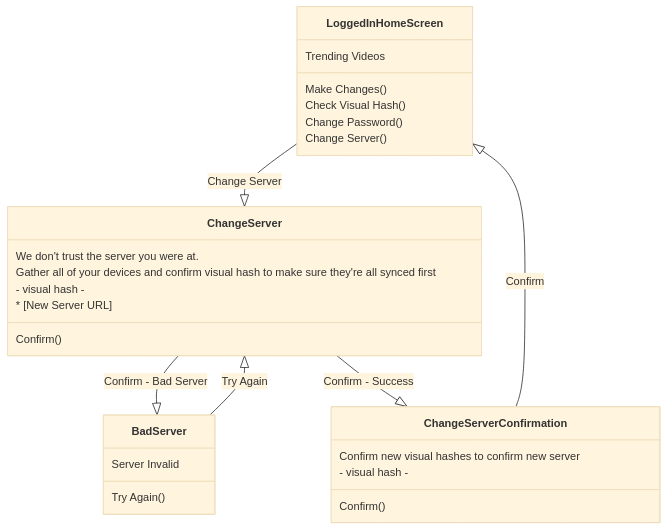
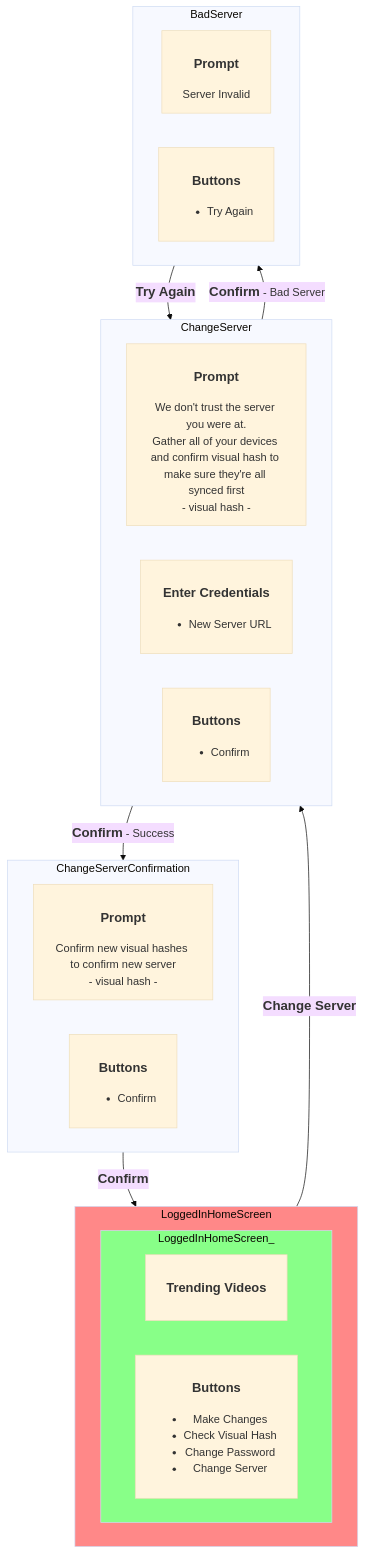
Before and after one commit to orblivion/lbry-wallet-sync-draft: the seventh of 7 diagrams in spec/user-flows.md, drawn with Mermaid (base theme). The commit also changed 7 other files, not shown here.

Commit message:
Final user flow to flowchart

````diff
--- a/spec/user-flows.md
+++ b/spec/user-flows.md
@@ -444,28 +444,41 @@
 ```mermaid
-classDiagram
+flowchart TD
+  classDef start fill:#8f8;
+  classDef finish fill:#f88;
 
-LoggedInHomeScreen --|> ChangeServer : Change Server
-ChangeServer  --|> BadServer : Confirm - Bad Server
-ChangeServer  --|> ChangeServerConfirmation : Confirm - Success
-BadServer --|> ChangeServer : Try Again
-ChangeServerConfirmation --|> LoggedInHomeScreen : Confirm
+  LoggedInHomeScreen:::finish
+  LoggedInHomeScreen_:::start
 
-LoggedInHomeScreen : Trending Videos
-LoggedInHomeScreen : Make Changes()
-LoggedInHomeScreen : Check Visual Hash()
-LoggedInHomeScreen : Change Password()
-LoggedInHomeScreen : Change Server()
+  LoggedInHomeScreen --<big><b>Change Server</b></big>--> ChangeServer
+  ChangeServer  --<big><b>Confirm</b></big> - Bad Server--> BadServer
+  ChangeServer  --<big><b>Confirm</b></big> - Success--> ChangeServerConfirmation
+  BadServer --<big><b>Try Again</b></big>--> ChangeServer
+  ChangeServerConfirmation --<big><b>Confirm</b></big>--> LoggedInHomeScreen
 
-ChangeServer : We don't trust the server you were at.
-ChangeServer : Gather all of your devices and confirm visual hash to make sure they're all synced first
-ChangeServer : - visual hash -
-ChangeServer : * [New Server URL]
-ChangeServer : Confirm()
+  subgraph LoggedInHomeScreen
+    subgraph LoggedInHomeScreen_
+      direction RL
+      LoggedInHomeScreen1[<h3>Trending Videos</h3>]
+      LoggedInHomeScreen2[<h3>Buttons</h3><ul> <li>Make Changes</li> <li>Check Visual Hash</li> <li>Change Password</li> <li>Change Server</li> </ul>]
+    end
+  end
 
-ChangeServerConfirmation : Confirm new visual hashes to confirm new server
-ChangeServerConfirmation : - visual hash -
-ChangeServerConfirmation : Confirm()
+  subgraph ChangeServer
+    direction RL
+    ChangeServer1[<h3>Prompt</h3>We don't trust the server you were at.<br>Gather all of your devices and confirm visual hash to make sure they're all synced first<br>- visual hash -]
+    ChangeServer2[<h3>Enter Credentials</h3><ul><li>New Server URL</li></ul>]
+    ChangeServer3[<h3>Buttons</h3><ul> <li>Confirm</li> </ul>]
+  end
 
-BadServer : Server Invalid
-BadServer : Try Again()
+  subgraph ChangeServerConfirmation
+    direction RL
+    ChangeServerConfirmation1[<h3>Prompt</h3>Confirm new visual hashes to confirm new server<br>- visual hash -]
+    ChangeServerConfirmation2[<h3>Buttons</h3><ul> <li>Confirm</li> </ul>]
+  end
+
+  subgraph BadServer
+    direction RL
+    BadServer1[<h3>Prompt</h3>Server Invalid]
+    BadServer2[<h3>Buttons</h3><ul> <li>Try Again</li> </ul>]
+  end
 ```
````
